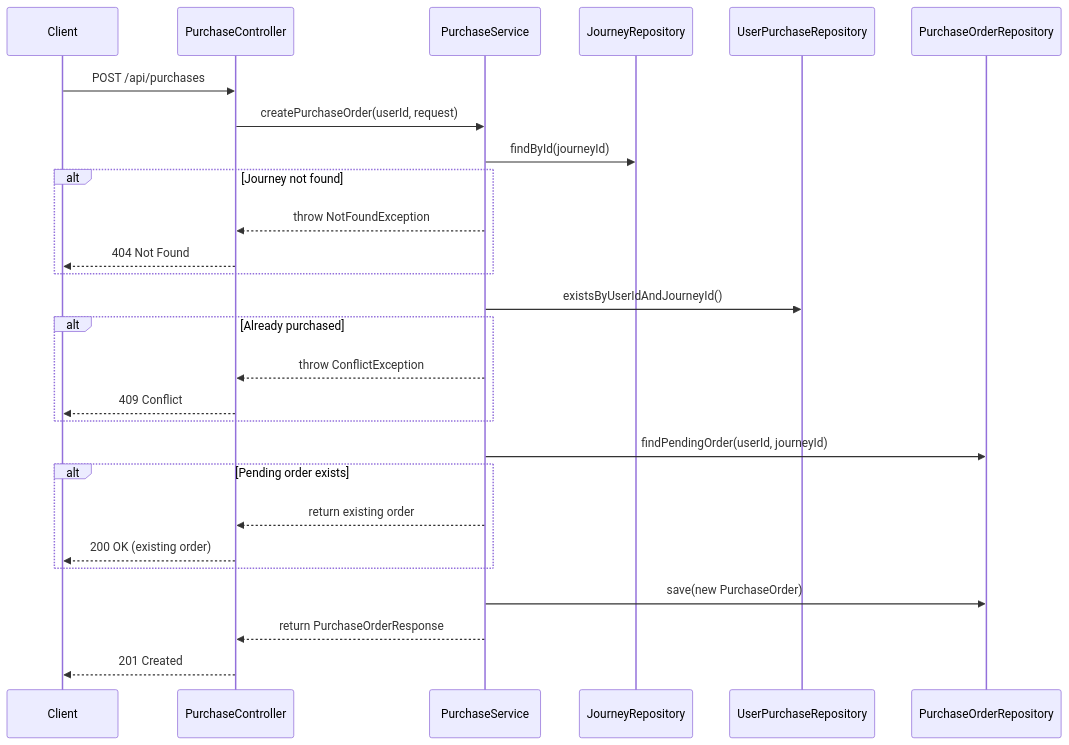
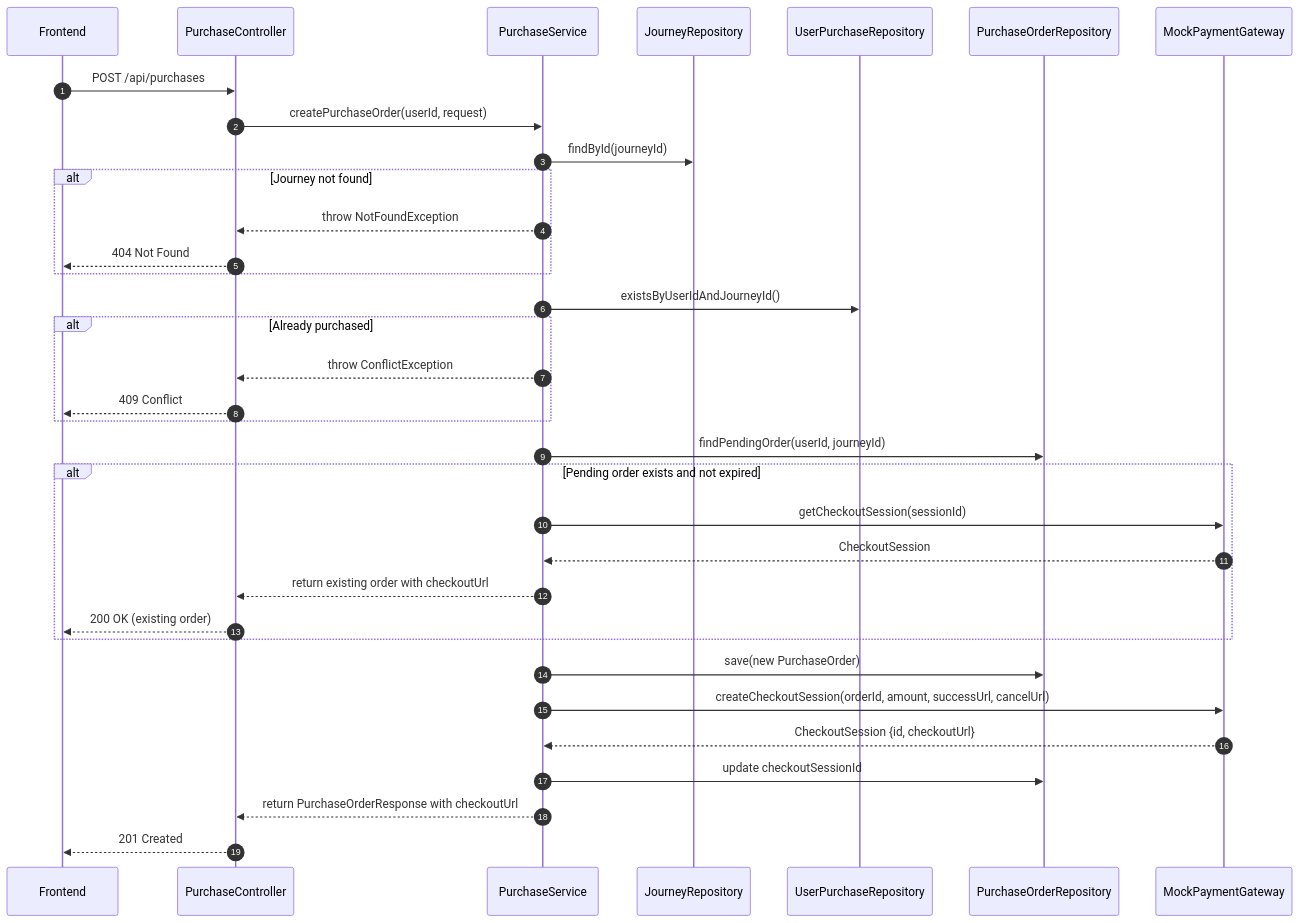
The first of 4 diagrams in specs/005-purchase-flow/backend-spec.md (AdemKao/water-ball-fork), drawn with Mermaid before and after one commit. The commit also changed other lines of this file and 3 other files, not shown here.

````diff
--- a/specs/005-purchase-flow/backend-spec.md
+++ b/specs/005-purchase-flow/backend-spec.md
@@ -52,34 +118,43 @@
 ```mermaid
 sequenceDiagram
-    participant Client
+    autonumber
+    participant Frontend
     participant PurchaseController
     participant PurchaseService
     participant JourneyRepository
     participant UserPurchaseRepository
     participant PurchaseOrderRepository
+    participant MockPaymentGateway
 
-    Client->>PurchaseController: POST /api/purchases
+    Frontend->>PurchaseController: POST /api/purchases
     PurchaseController->>PurchaseService: createPurchaseOrder(userId, request)
     
     PurchaseService->>JourneyRepository: findById(journeyId)
     alt Journey not found
         PurchaseService-->>PurchaseController: throw NotFoundException
-        PurchaseController-->>Client: 404 Not Found
+        PurchaseController-->>Frontend: 404 Not Found
     end
     
     PurchaseService->>UserPurchaseRepository: existsByUserIdAndJourneyId()
     alt Already purchased
         PurchaseService-->>PurchaseController: throw ConflictException
-        PurchaseController-->>Client: 409 Conflict
+        PurchaseController-->>Frontend: 409 Conflict
     end
     
     PurchaseService->>PurchaseOrderRepository: findPendingOrder(userId, journeyId)
-    alt Pending order exists
-        PurchaseService-->>PurchaseController: return existing order
-        PurchaseController-->>Client: 200 OK (existing order)
+    alt Pending order exists and not expired
+        PurchaseService->>MockPaymentGateway: getCheckoutSession(sessionId)
+        MockPaymentGateway-->>PurchaseService: CheckoutSession
+        PurchaseService-->>PurchaseController: return existing order with checkoutUrl
+        PurchaseController-->>Frontend: 200 OK (existing order)
     end
     
     PurchaseService->>PurchaseOrderRepository: save(new PurchaseOrder)
-    PurchaseService-->>PurchaseController: return PurchaseOrderResponse
-    PurchaseController-->>Client: 201 Created
+    
+    PurchaseService->>MockPaymentGateway: createCheckoutSession(orderId, amount, successUrl, cancelUrl)
+    MockPaymentGateway-->>PurchaseService: CheckoutSession {id, checkoutUrl}
+    
+    PurchaseService->>PurchaseOrderRepository: update checkoutSessionId
+    PurchaseService-->>PurchaseController: return PurchaseOrderResponse with checkoutUrl
+    PurchaseController-->>Frontend: 201 Created
 ```
````
